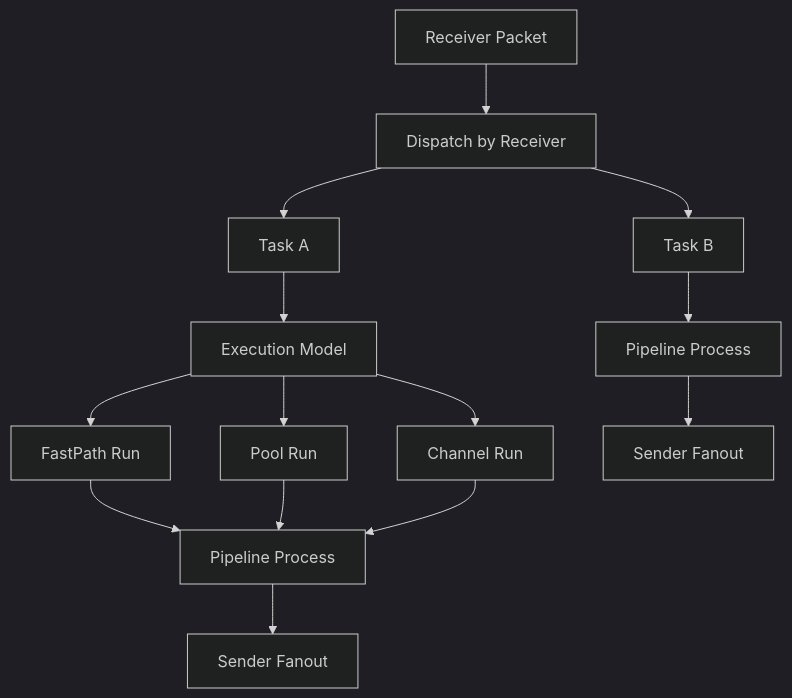
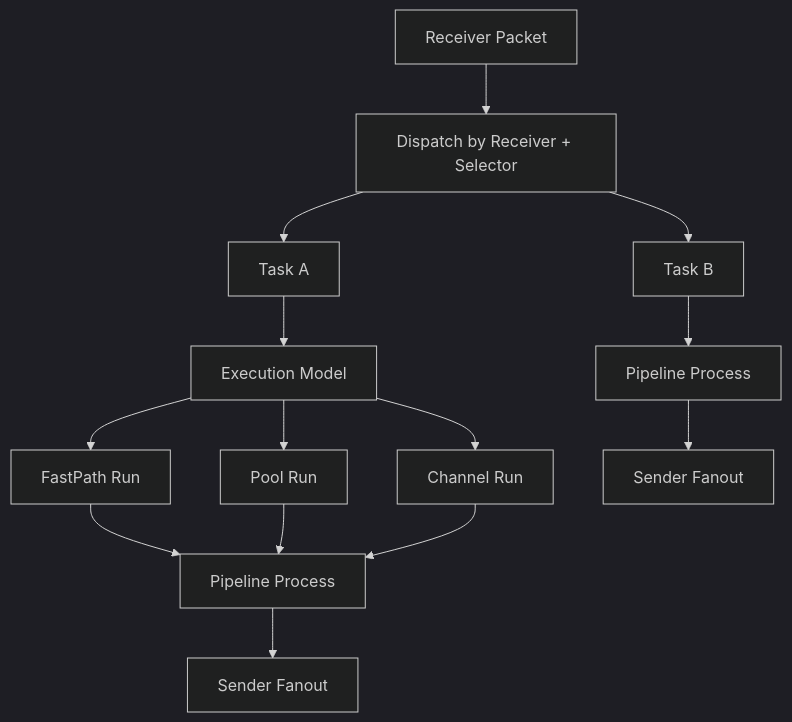
One commit to oublie6/forward-stub changed the second of 2 diagrams in README.md. Above: the diagram before and after it, drawn with Mermaid (dark theme). The commit also changed other lines of this file and 39 other files, not shown here.

Commit message:
refactor: lift selector dispatch above tasks

````diff
--- a/README.md
+++ b/README.md
@@ -47,19 +47,19 @@
 ```mermaid
 flowchart TD
-  In[Receiver Packet] --> Fanout[Dispatch by Receiver]
-  Fanout --> TaskA[Task A]
-  Fanout --> TaskB[Task B]
+  In[Receiver Packet] --> Match[Dispatch by Receiver + Selector]
+  Match --> TaskA[Task A]
+  Match --> TaskB[Task B]
 
   TaskA --> ModelA[Execution Model]
   ModelA --> FastA[FastPath Run]
   ModelA --> PoolA[Pool Run]
   ModelA --> ChanA[Channel Run]
 
   FastA --> PipeA[Pipeline Process]
   PoolA --> PipeA
   ChanA --> PipeA
   PipeA --> SendA[Sender Fanout]
 
   TaskB --> PipeB[Pipeline Process]
   PipeB --> SendB[Sender Fanout]
 ```
````
